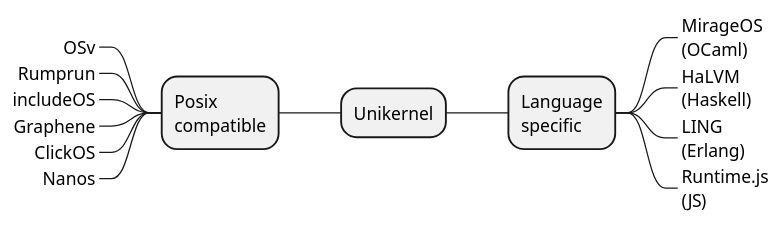
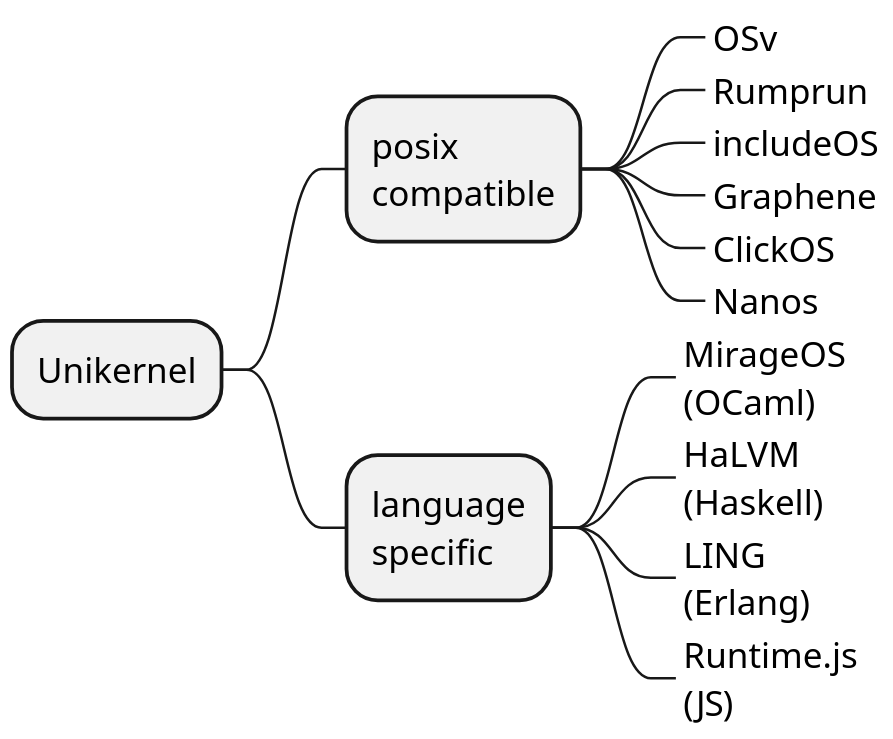
The diagram in unikernel-mindmap.puml (doyu/elc2019), drawn with PlantUML before and after one commit. The commit also changed 6 other files, not shown here.

```diff
--- a/unikernel-mindmap.puml
+++ b/unikernel-mindmap.puml
@@ -1,16 +1,17 @@
 @startmindmap
+scale 2.0
 + Unikernel
--- Posix\ncompatible
----_ OSv
----_ Rumprun
----_ includeOS
----_ Graphene
----_ ClickOS
----_ Nanos
-++ Language\nspecific
+++ posix\ncompatible
++++_ OSv
++++_ Rumprun
++++_ includeOS
++++_ Graphene
++++_ ClickOS
++++_ Nanos
+++ language\nspecific
 +++_ MirageOS\n(OCaml)
 +++_ HaLVM\n(Haskell)
 +++_ LING\n(Erlang)
 +++_ Runtime.js\n(JS)
 
 @endmindmap
```
